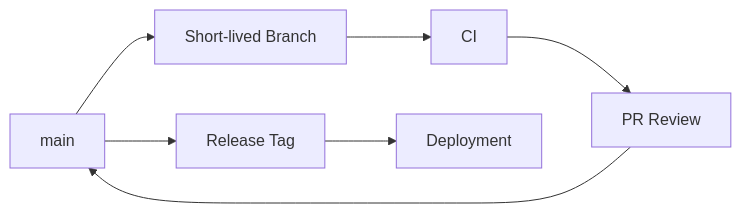
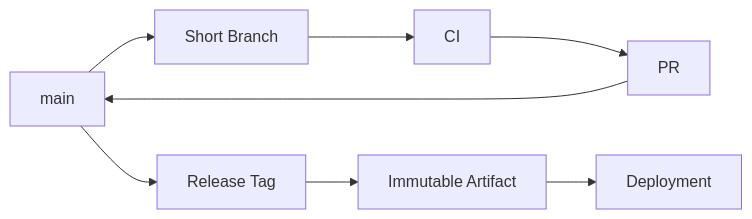
The diagram in docs/engineering/git-strategy.md (D-engahmed/OMILINKS), drawn with Mermaid before and after one commit. The commit also changed other lines of this file and 4 other files, not shown here.

```diff
--- a/docs/engineering/git-strategy.md
+++ b/docs/engineering/git-strategy.md
@@ -43,9 +51,10 @@
 ~~~mermaid
 flowchart LR
-MAIN[main] --> BRANCH[Short-lived Branch]
+MAIN[main] --> BRANCH[Short Branch]
 BRANCH --> CI[CI]
-CI --> REVIEW[PR Review]
+CI --> REVIEW[PR]
 REVIEW --> MAIN
 MAIN --> TAG[Release Tag]
-TAG --> DEPLOY[Deployment]
+TAG --> ARTIFACT[Immutable Artifact]
+ARTIFACT --> DEPLOY[Deployment]
 ~~~
```
